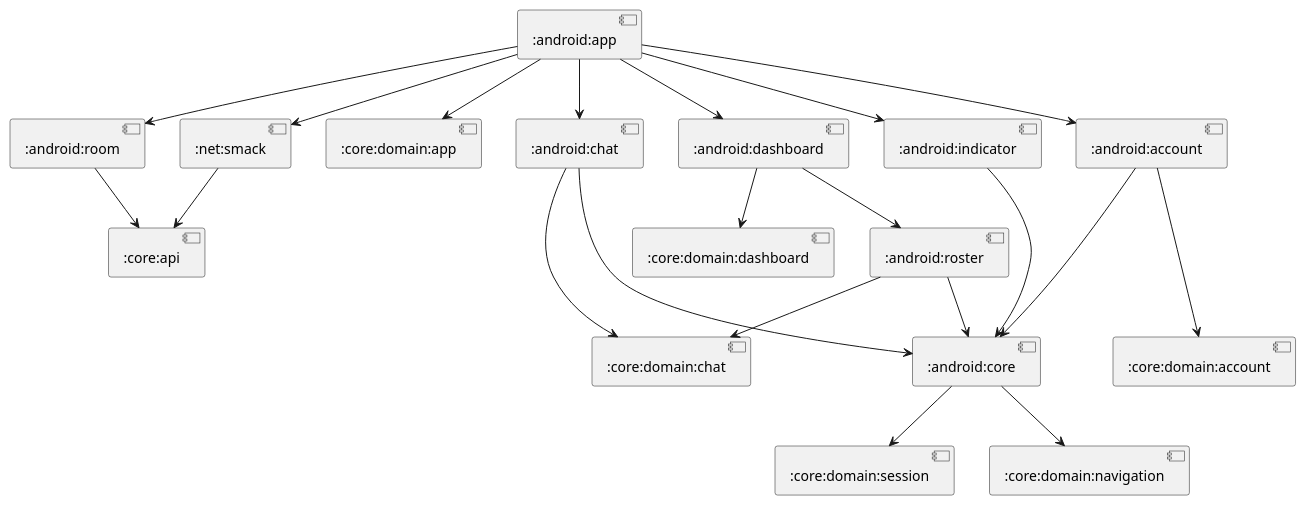
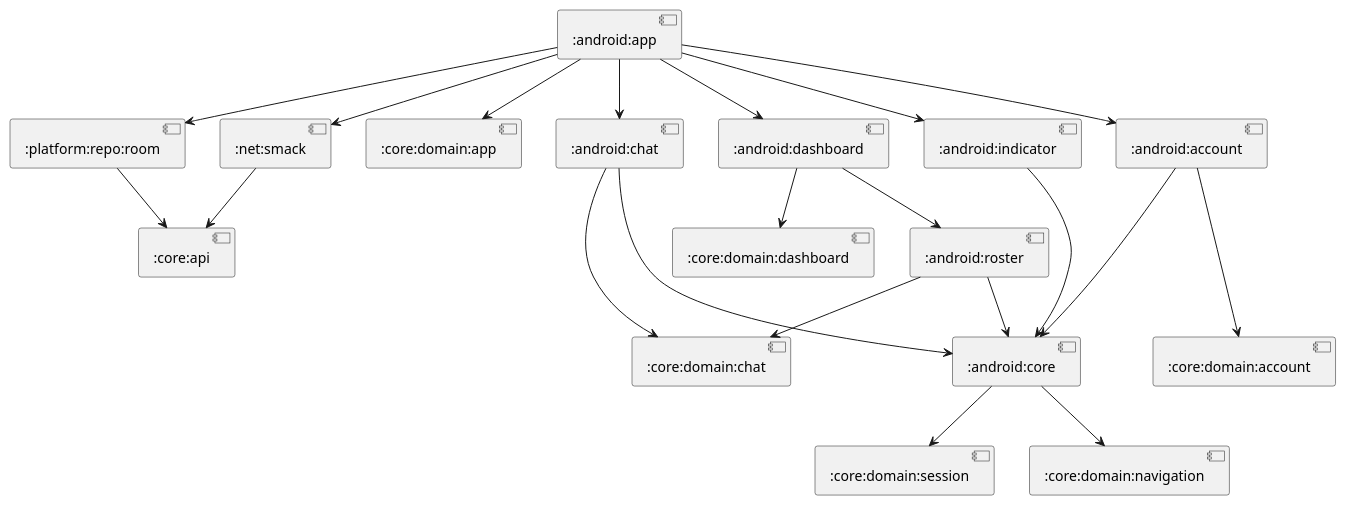
One commit to cryptopunkscc/crypton changed the diagram in android/components.puml. Above: the diagram before and after it, drawn with PlantUML. The commit also changed 137 other files, not shown here.

```diff
--- a/android/components.puml
+++ b/android/components.puml
@@ -1,34 +1,34 @@
 @startuml
 
 [:net:smack] --> [:core:api]
 
 [:android:app] --> [:core:domain:app]
 [:android:app] --> [:net:smack]
-[:android:app] --> [:android:room]
+[:android:app] --> [:platform:repo:room]
 [:android:app] --> [:android:dashboard]
 [:android:app] --> [:android:chat]
 [:android:app] --> [:android:account]
 [:android:app] --> [:android:indicator]
 
 [:android:account] --> [:android:core]
 [:android:account] ---> [:core:domain:account]
 
 [:android:chat] ---> [:android:core]
 [:android:chat] --> [:core:domain:chat]
 
 [:android:dashboard] --> [:android:roster]
 [:android:dashboard] --> [:core:domain:dashboard]
 
 [:android:roster] --> [:android:core]
 [:android:roster] --> [:core:domain:chat]
 
 [:android:indicator] ---> [:android:core]
 
 [:android:core] --> [:core:domain:session]
 [:android:core] --> [:core:domain:navigation]
 
-[:android:room] --> [:core:api]
+[:platform:repo:room] --> [:core:api]
 
 
 
 @enduml
```
